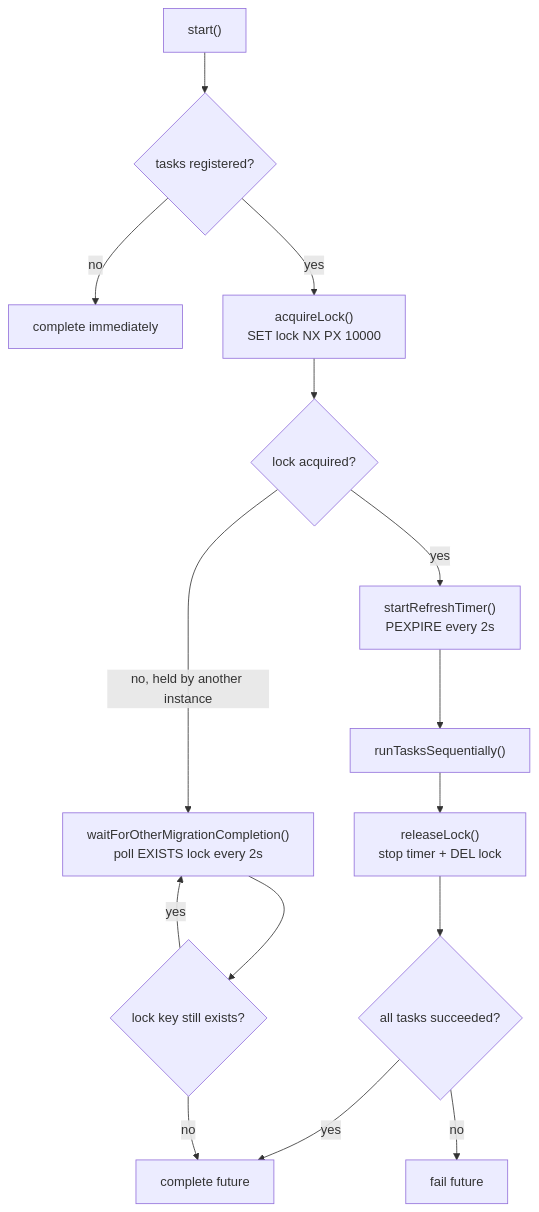
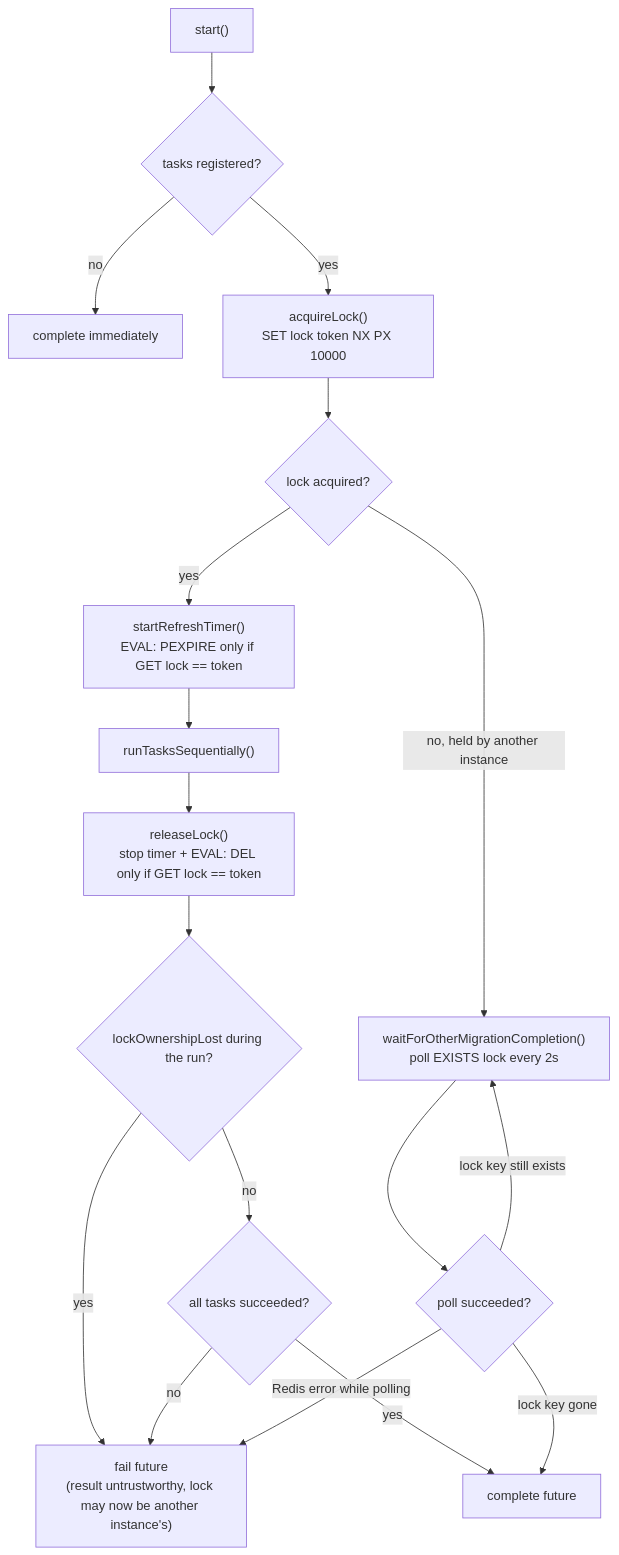
The first of 2 diagrams in docs/MigrateTool.md (swisspost/vertx-rest-storage), drawn with Mermaid before and after one commit. The commit also changed other lines of this file and 8 other files, not shown here.

````diff
--- a/docs/MigrateTool.md
+++ b/docs/MigrateTool.md
@@ -25,17 +36,20 @@
 ```mermaid
 flowchart TD
     A["start()"] --> B{"tasks registered?"}
     B -- no --> Z["complete immediately"]
-    B -- yes --> C["acquireLock()\nSET lock NX PX 10000"]
+    B -- yes --> C["acquireLock()\nSET lock token NX PX 10000"]
     C --> D{"lock acquired?"}
-    D -- yes --> E["startRefreshTimer()\nPEXPIRE every 2s"]
+    D -- yes --> E["startRefreshTimer()\nEVAL: PEXPIRE only if GET lock == token"]
     E --> F["runTasksSequentially()"]
-    F --> G["releaseLock()\nstop timer + DEL lock"]
-    G --> H{"all tasks succeeded?"}
-    H -- yes --> I["complete future"]
-    H -- no --> J["fail future"]
+    F --> G["releaseLock()\nstop timer + EVAL: DEL only if GET lock == token"]
+    G --> H{"lockOwnershipLost during the run?"}
+    H -- yes --> J["fail future\n(result untrustworthy, lock may now be another instance's)"]
+    H -- no --> I2{"all tasks succeeded?"}
+    I2 -- yes --> I["complete future"]
+    I2 -- no --> J
     D -- no, held by another instance --> K["waitForOtherMigrationCompletion()\npoll EXISTS lock every 2s"]
-    K --> L{"lock key still exists?"}
-    L -- yes --> K
-    L -- no --> I
+    K --> L{"poll succeeded?"}
+    L -- "lock key gone" --> I
+    L -- "Redis error while polling" --> J
+    L -- "lock key still exists" --> K
 ```
````
